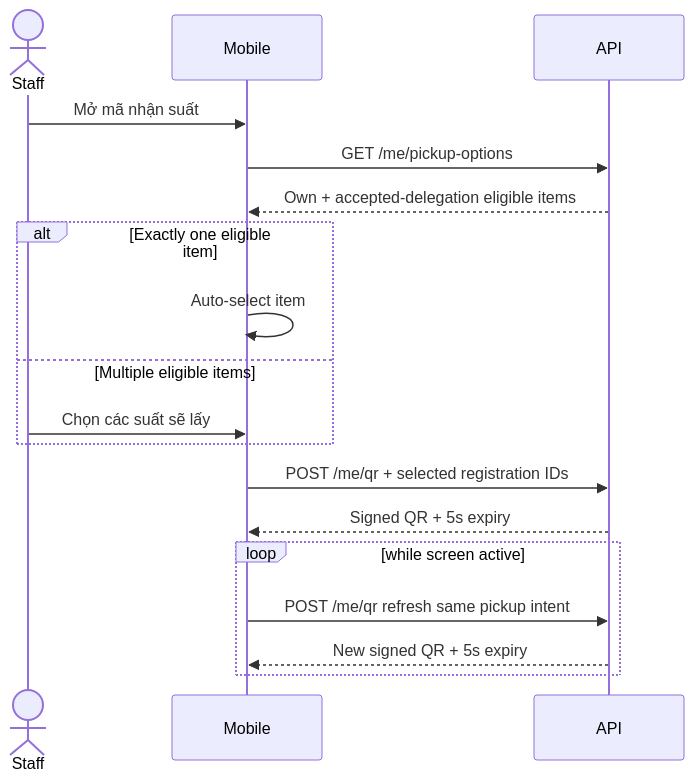
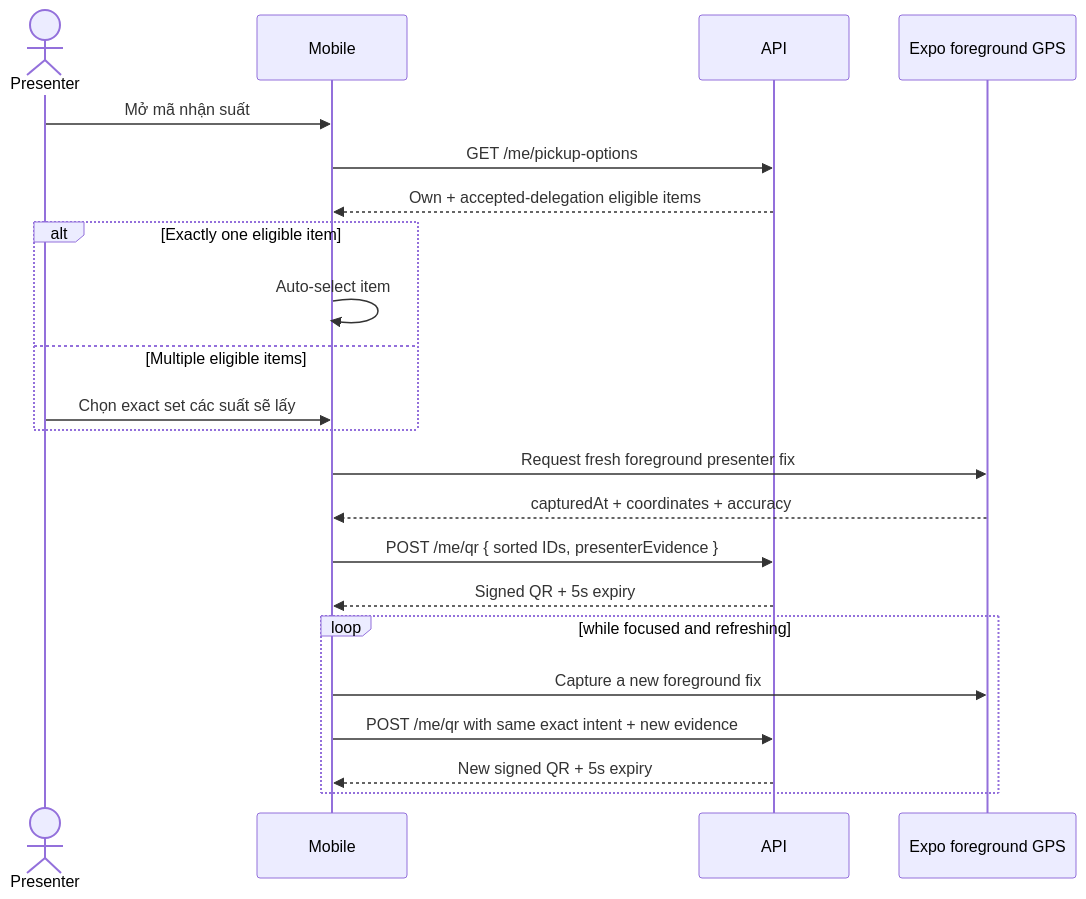
The fourth of 6 diagrams in docs/03-product-flows.md (Wkiugt/IMeal-v3), drawn with Mermaid before and after one commit. The commit also changed other lines of this file and 13 other files, not shown here.

Commit message:
docs: document otp presenter gps operational boundaries

````diff
--- a/docs/03-product-flows.md
+++ b/docs/03-product-flows.md
@@ -208,21 +218,25 @@
 ```mermaid
 sequenceDiagram
-    actor S as Staff
+    actor S as Presenter
     participant M as Mobile
     participant API as API
+    participant GPS as Expo foreground GPS
 
     S->>M: Mở mã nhận suất
     M->>API: GET /me/pickup-options
     API-->>M: Own + accepted-delegation eligible items
     alt Exactly one eligible item
         M->>M: Auto-select item
     else Multiple eligible items
-        S->>M: Chọn các suất sẽ lấy
+        S->>M: Chọn exact set các suất sẽ lấy
     end
-    M->>API: POST /me/qr + selected registration IDs
+    M->>GPS: Request fresh foreground presenter fix
+    GPS-->>M: capturedAt + coordinates + accuracy
+    M->>API: POST /me/qr { sorted IDs, presenterEvidence }
     API-->>M: Signed QR + 5s expiry
-    loop while screen active
-        M->>API: POST /me/qr refresh same pickup intent
+    loop while focused and refreshing
+        M->>GPS: Capture a new foreground fix
+        M->>API: POST /me/qr with same exact intent + new evidence
         API-->>M: New signed QR + 5s expiry
     end
 ```
````
